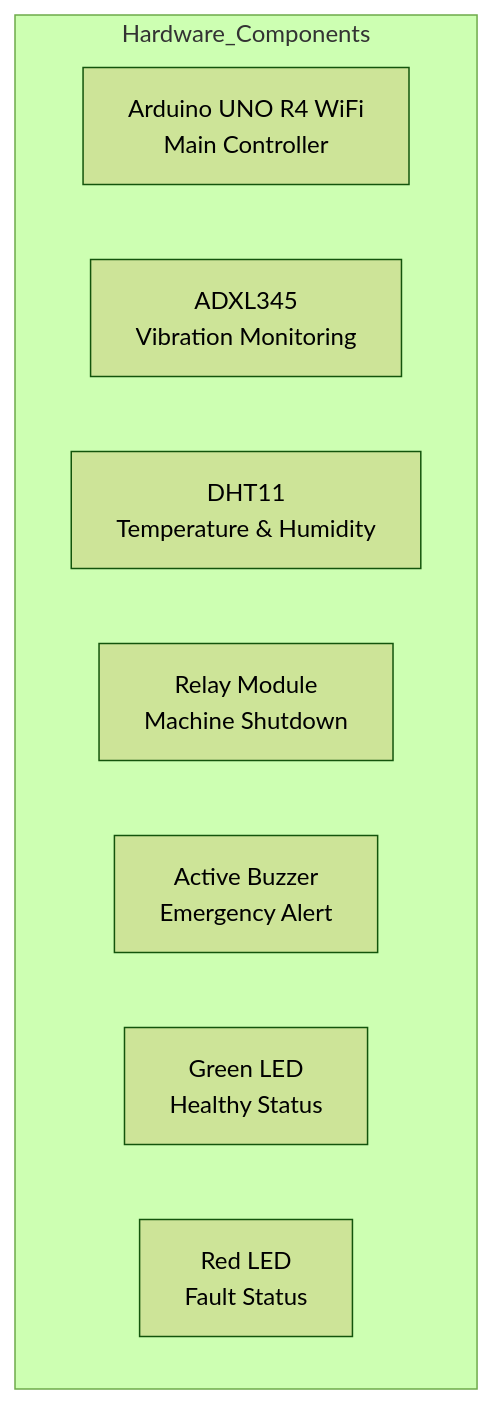
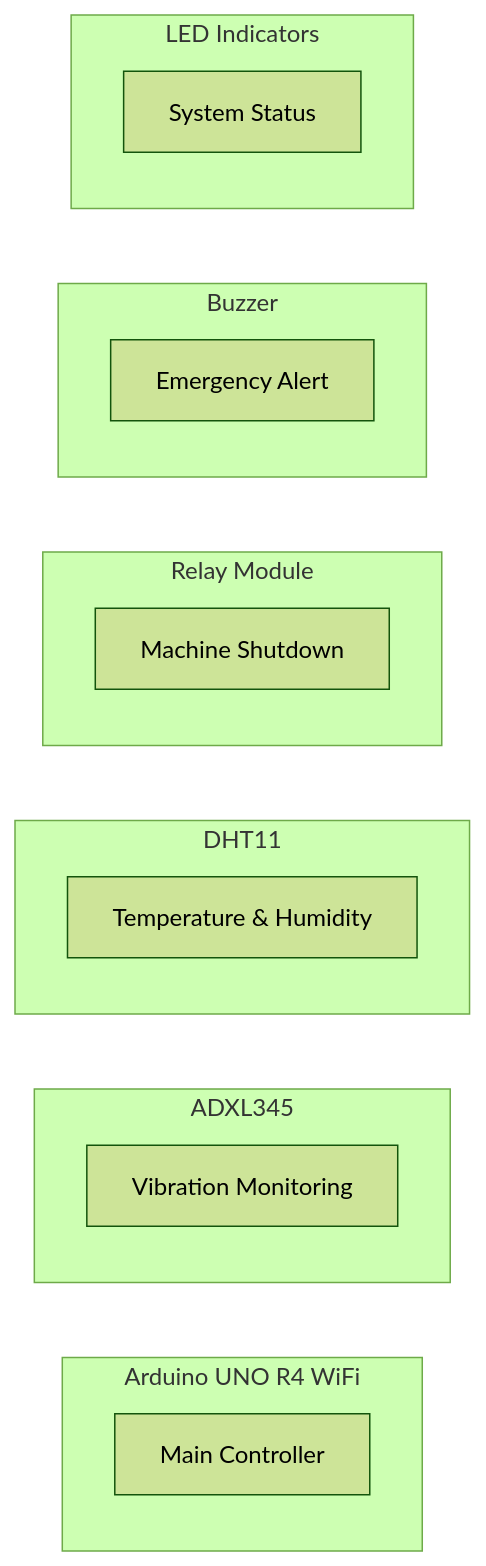
One commit to hyperS777/forgemind-qc changed the second of 3 diagrams in README.md. Above: the diagram before and after it, drawn with Mermaid (forest theme). The commit also changed other lines of this file, not shown here.

````diff
--- a/README.md
+++ b/README.md
@@ -106,21 +106,27 @@
 ```mermaid
-flowchart TB
+flowchart LR
 
-subgraph Hardware_Components
+subgraph H1["Arduino UNO R4 WiFi"]
+A["Main Controller"]
+end
 
-A[Arduino UNO R4 WiFi<br>Main Controller]
+subgraph H2["ADXL345"]
+B["Vibration Monitoring"]
+end
 
-B[ADXL345<br>Vibration Monitoring]
+subgraph H3["DHT11"]
+C["Temperature & Humidity"]
+end
 
-C[DHT11<br>Temperature & Humidity]
+subgraph H4["Relay Module"]
+D["Machine Shutdown"]
+end
 
-D[Relay Module<br>Machine Shutdown]
+subgraph H5["Buzzer"]
+E["Emergency Alert"]
+end
 
-E[Active Buzzer<br>Emergency Alert]
-
-F[Green LED<br>Healthy Status]
-
-G[Red LED<br>Fault Status]
-
+subgraph H6["LED Indicators"]
+F["System Status"]
 end
 ```
````
